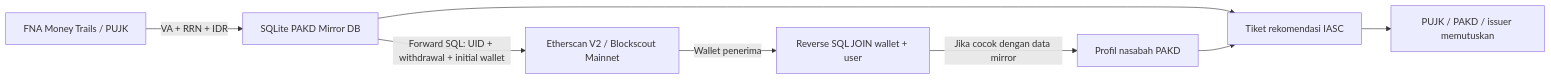
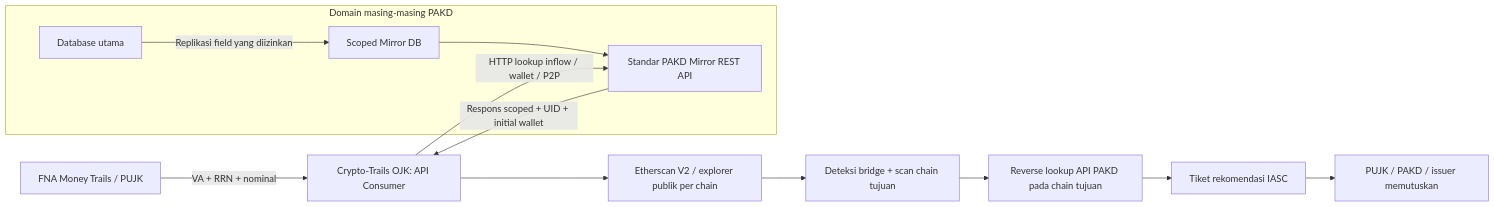
One commit to cesartputra/crypto-trails changed the diagram in README.md. Above: the diagram before and after it, drawn with Mermaid. The commit also changed other lines of this file and 22 other files, not shown here.

Commit message:
Add scoped PAKD REST APIs, multichain bridge tracing and persistent light/dark themes

````diff
--- a/README.md
+++ b/README.md
@@ -43,10 +7,15 @@
 ```mermaid
 flowchart LR
-  F[FNA Money Trails / PUJK] -->|VA + RRN + IDR| M[SQLite PAKD Mirror DB]
-  M -->|Forward SQL: UID + withdrawal + initial wallet| E[Etherscan V2 / Blockscout Mainnet]
-  E -->|Wallet penerima| R[Reverse SQL JOIN wallet + user]
-  R -->|Jika cocok dengan data mirror| P[Profil nasabah PAKD]
-  M --> T[Tiket rekomendasi IASC]
-  P --> T
+  F[FNA Money Trails / PUJK] -->|VA + RRN + nominal| C[Crypto-Trails OJK: API Consumer]
+  subgraph PAKD[Domain masing-masing PAKD]
+    D[Database utama] -->|Replikasi field yang diizinkan| M[Scoped Mirror DB]
+    M --> A[Standar PAKD Mirror REST API]
+  end
+  C -->|HTTP lookup inflow / wallet / P2P| A
+  A -->|Respons scoped + UID + initial wallet| C
+  C --> E[Etherscan V2 / explorer publik per chain]
+  E --> B[Deteksi bridge + scan chain tujuan]
+  B --> R[Reverse lookup API PAKD pada chain tujuan]
+  R --> T[Tiket rekomendasi IASC]
   T --> I[PUJK / PAKD / issuer memutuskan]
 ```
````
